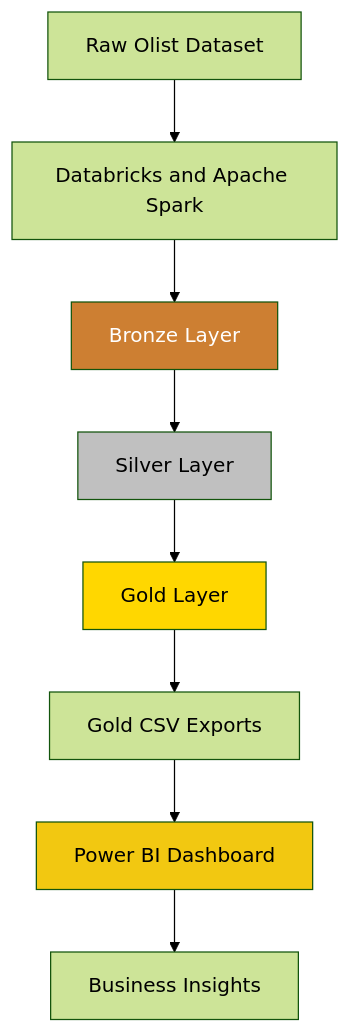
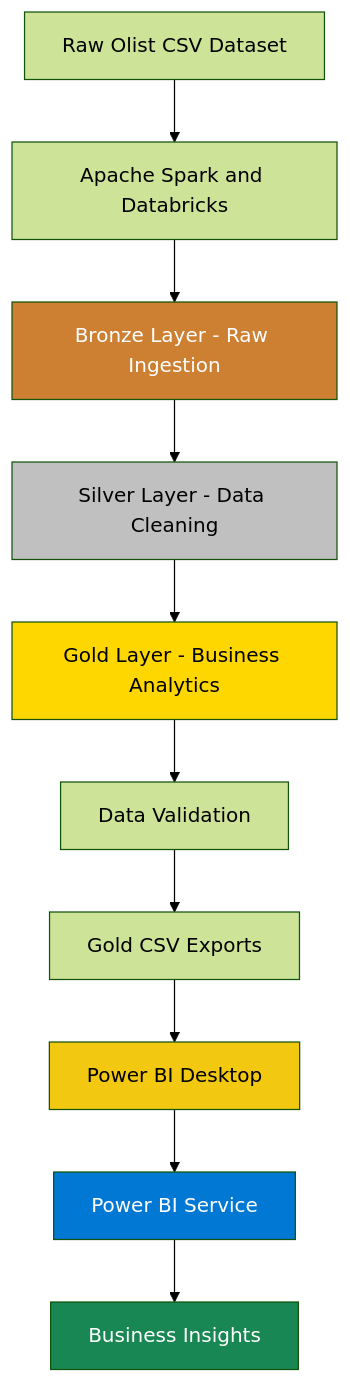
One commit to DevanshKumar01/Ecommerce-BigData-Analytics changed the diagram in README.md. Above: the diagram before and after it, drawn with Mermaid (forest theme). The commit also changed other lines of this file, not shown here.

````diff
--- a/README.md
+++ b/README.md
@@ -80,15 +112,19 @@
 ```mermaid
 flowchart TD
-    A[Raw Olist Dataset] --> B[Databricks and Apache Spark]
-    B --> C[Bronze Layer]
-    C --> D[Silver Layer]
-    D --> E[Gold Layer]
-    E --> F[Gold CSV Exports]
-    F --> G[Power BI Dashboard]
-    G --> H[Business Insights]
+    A[Raw Olist CSV Dataset] --> B[Apache Spark and Databricks]
+    B --> C[Bronze Layer - Raw Ingestion]
+    C --> D[Silver Layer - Data Cleaning]
+    D --> E[Gold Layer - Business Analytics]
+    E --> F[Data Validation]
+    F --> G[Gold CSV Exports]
+    G --> H[Power BI Desktop]
+    H --> I[Power BI Service]
+    I --> J[Business Insights]
 
     style C fill:#CD7F32,color:#fff
     style D fill:#C0C0C0,color:#000
     style E fill:#FFD700,color:#000
-    style G fill:#F2C811,color:#000
+    style H fill:#F2C811,color:#000
+    style I fill:#0078D4,color:#fff
+    style J fill:#198754,color:#fff
 ```
````
